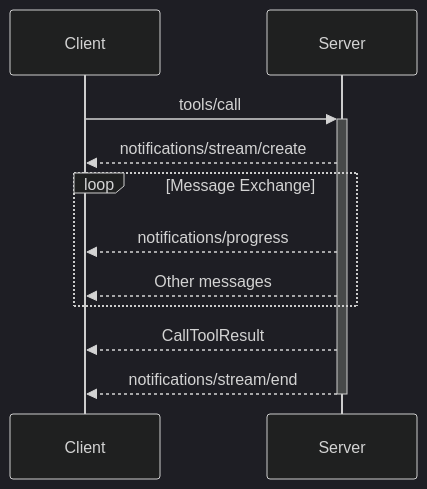
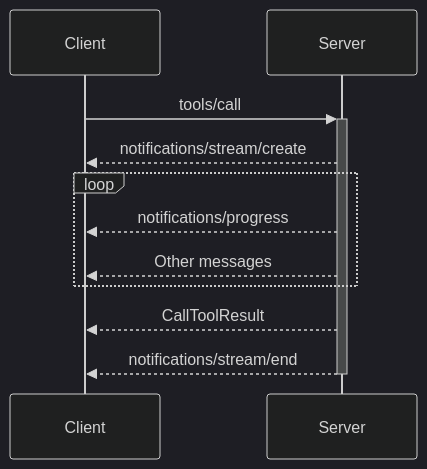
Before and after one commit to modelcontextprotocol/specification: the fourth of 4 diagrams in docs/specification/draft/basic/streams.mdx, drawn with Mermaid (dark theme). The commit also changed other lines of this file, not shown here.

````diff
--- a/docs/specification/draft/basic/streams.mdx
+++ b/docs/specification/draft/basic/streams.mdx
@@ -218,16 +213,16 @@
 ```mermaid
 sequenceDiagram
     participant Client
     participant Server
 
     Client->>+Server: tools/call
     Server-->>Client: notifications/stream/create
 
-    loop Message Exchange
+    loop
         Server-->>Client: notifications/progress
         Server-->>Client: Other messages
     end
 
     Server-->>Client: CallToolResult
     Server-->>-Client: notifications/stream/end
 ```
````
